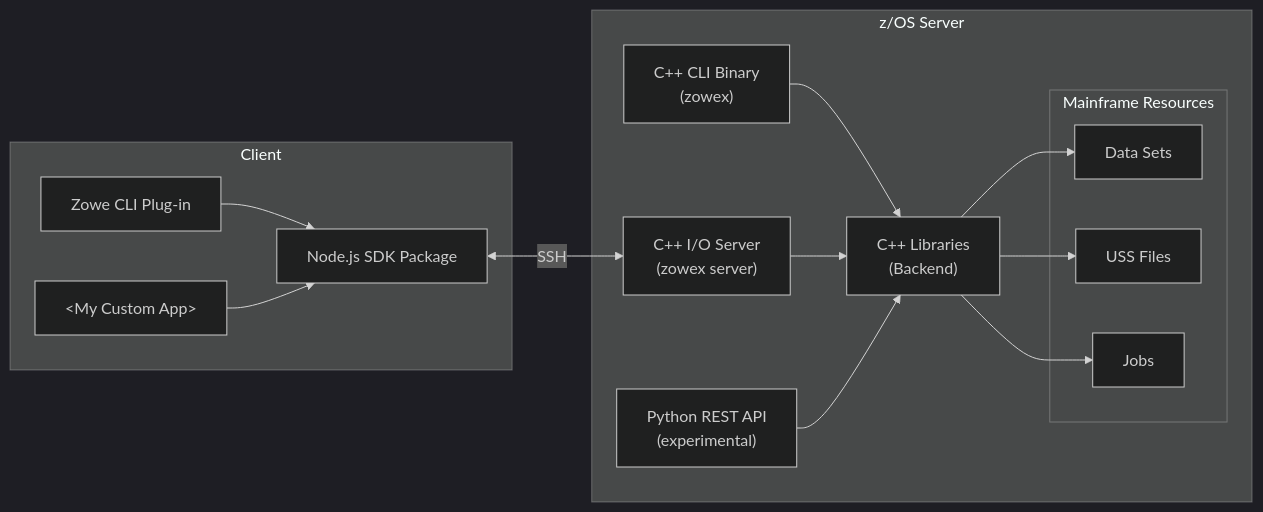
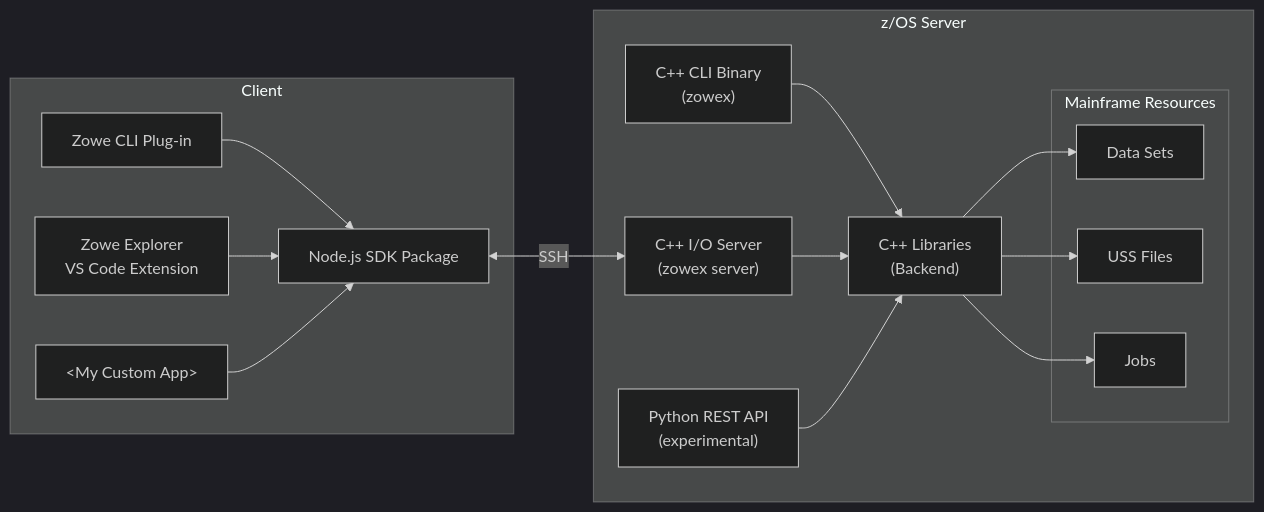
Before and after one commit to zowe/zowex: the diagram in README.md, drawn with Mermaid (dark theme).

Commit message:
Restore vsce in architecture diagram

````diff
--- a/README.md
+++ b/README.md
@@ -119,26 +119,27 @@
 ```mermaid
 graph LR
   subgraph Client
   sdk[Node.js SDK Package]
   cli[Zowe CLI Plug-in]-->sdk
+  vsce[Zowe Explorer<br>VS Code Extension]-->sdk
   other[&lt;My Custom App&gt;]-->sdk
   end
   subgraph z/OS Server
   zowex["C++ CLI Binary<br>(zowex)"]-->cpp
   ioserver["C++ I/O Server<br>(zowex server)"]-->cpp["C++ Libraries<br>(Backend)"]
   python["Python REST API<br>(experimental)"]-->cpp
   sdk<-->|SSH|ioserver
   subgraph Mainframe Resources
   ds[Data Sets]
   uss[USS Files]
   jobs[Jobs]
   end
   cpp-->ds
   cpp-->uss
   cpp-->jobs
   end
   click sdk "https://github.com/zowe/zowex/blob/main/doc/client/architecture.md#sdk-package"
   click cli "https://github.com/zowe/zowex/blob/main/doc/client/architecture.md#cli-plug-in"
   click ioserver "https://github.com/zowe/zowex/blob/main/doc/backend/server/architecture.md"
   click zowex "https://github.com/zowe/zowex/blob/main/doc/backend/zowex_architecture.md"
 ```
````
